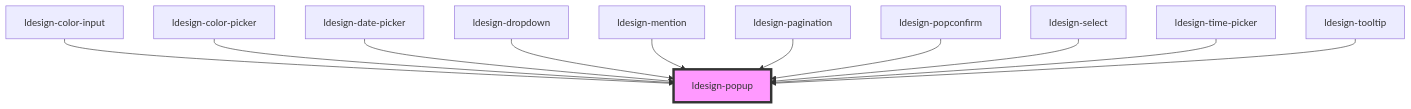
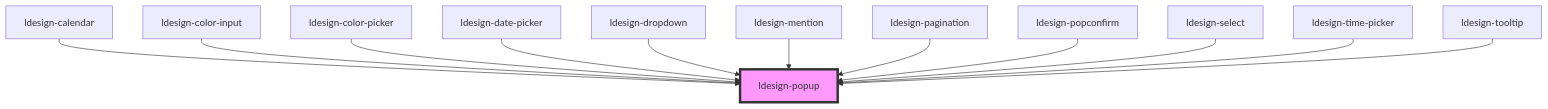
One commit to poly1603/ldesign changed the diagram in packages/webcomponent/src/components/popup/readme.md. Above: the diagram before and after it, drawn with Mermaid. The commit also changed other lines of this file and 19 other files, not shown here.

````diff
--- a/packages/webcomponent/src/components/popup/readme.md
+++ b/packages/webcomponent/src/components/popup/readme.md
@@ -110,14 +111,15 @@
 ```mermaid
 graph TD;
+  ldesign-calendar --> ldesign-popup
   ldesign-color-input --> ldesign-popup
   ldesign-color-picker --> ldesign-popup
   ldesign-date-picker --> ldesign-popup
   ldesign-dropdown --> ldesign-popup
   ldesign-mention --> ldesign-popup
   ldesign-pagination --> ldesign-popup
   ldesign-popconfirm --> ldesign-popup
   ldesign-select --> ldesign-popup
   ldesign-time-picker --> ldesign-popup
   ldesign-tooltip --> ldesign-popup
   style ldesign-popup fill:#f9f,stroke:#333,stroke-width:4px
 ```
````
